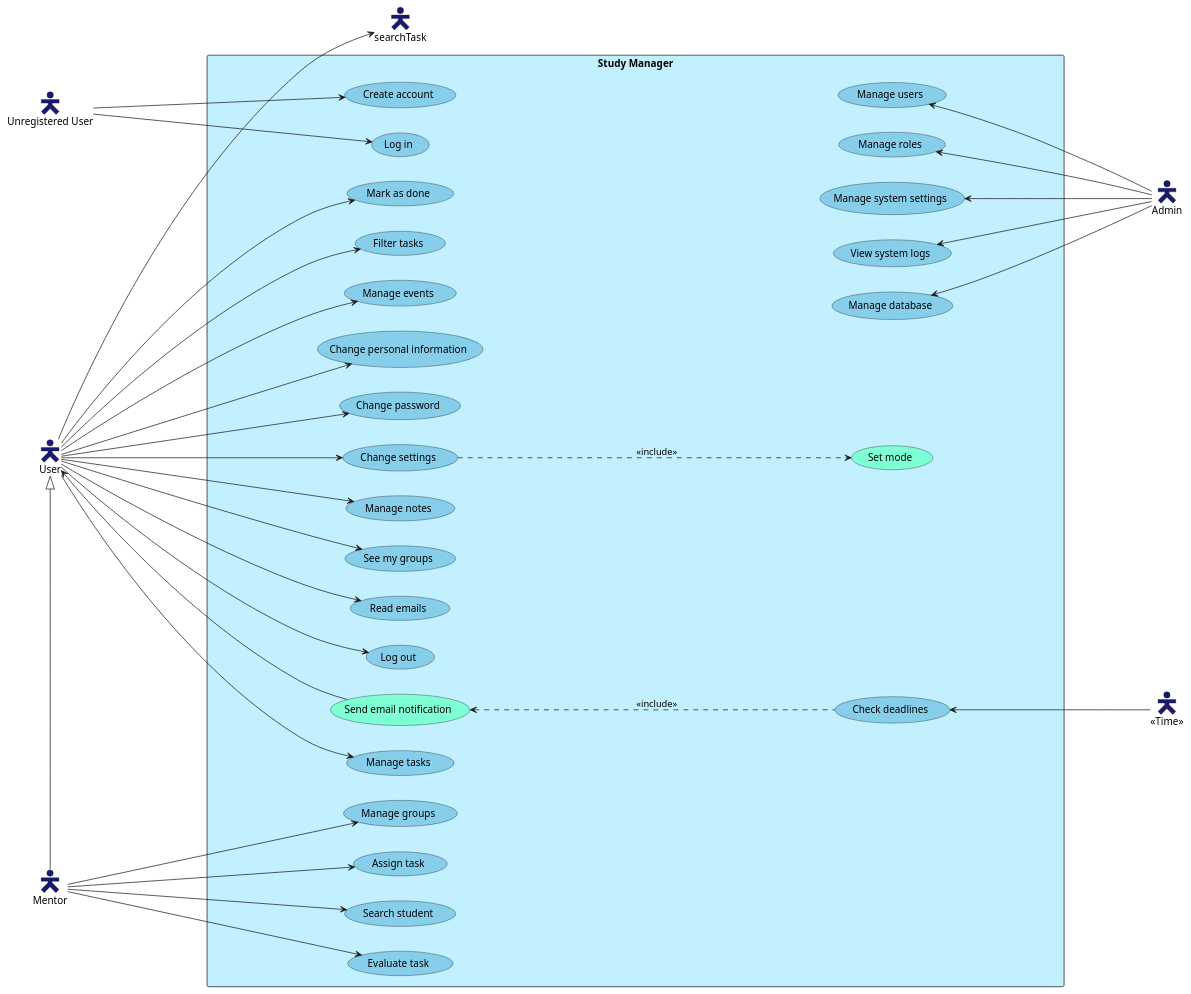
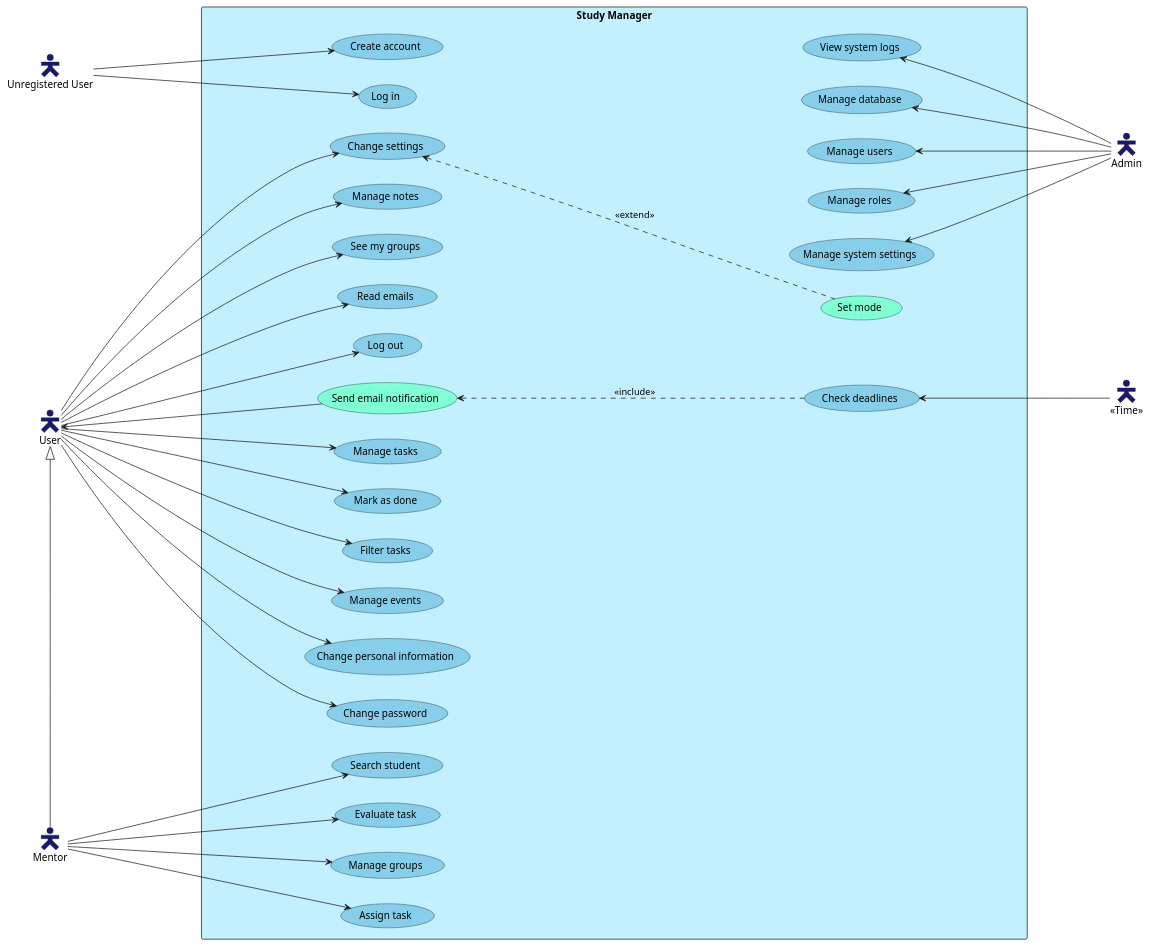
One commit to pb138-study-manager/pb138 changed the diagram in docs/analysis/use-case.puml. Above: the diagram before and after it, drawn with PlantUML. The commit also changed 1 other file, not shown here.

Commit message:
add: requirement specification for user profile/settings

```diff
--- a/docs/analysis/use-case.puml
+++ b/docs/analysis/use-case.puml
@@ -10,118 +10,118 @@
 @startuml Study Manager 
 
 !pragma ratio 0.80
 
 left to right direction
 
 ' Style: (colors from https://sarafian.github.io/assets/images/posts/plantuml/2021-02-24-plantuml-tips-tricks-1/colors.svg)
 skinparam UsecaseBackgroundColor SkyBlue
 skinparam RectangleBackgroundColor APPLICATION
 skinparam ActorBackgroundColor MidnightBlue
 skinparam ActorStyle Hollow
 
 ' Actors:
 actor "Unregistered User" as unregisteredUser
 actor "User" as user
 actor "Mentor" as mentor
 actor "Admin" as admin
 'actor "<<System>>" as system
 actor "<<Time>>" as time
 
 ' System boundary:
 rectangle "Study Manager" as studyManager {
     ' unregistered user
     usecase "Create account" as createAccount
     usecase "Log in" as logIn
 
     ' logged in user
     usecase "Manage tasks" as manageTask
     ' usecase "Search task" as searchTask
     usecase "Mark as done" as markDone
     usecase "Filter tasks" as filter
 
     usecase "Manage events" as manageEvent
     ' usecase "Import calendar" as importCal
     ' usecase "See calendar" as seeCal
 
     usecase "Change personal information" as changePersonalInfo
     usecase "Change password" as changePassword
     usecase "Change settings" as settings
     ' usecase "Set language" as setLanguage #aquamarine
     usecase "Set mode" as setMode #aquamarine
 
     usecase "Manage notes" as manageNotes
     usecase "See my groups" as seeGroups
     usecase "Read emails" as readEmails
     usecase "Log out" as logOut
 
     ' usecase "Start timer" as startTimer
     ' usecase "See timer history" as timerHistory
 
     ' mentor
     usecase "Manage groups" as manageGroup
     usecase "Assign task" as assignTask
     usecase "Search student" as searchStudent
     usecase "Evaluate task" as evaluateTask
     ' usecase "Message group" as messageGroup
     
     'admin or system
     usecase "Check deadlines" as checkDeadlines
     usecase "Send email notification" as sendNotification #aquamarine
     usecase "Manage users" as manageUsers
     usecase "Manage roles" as manageRoles
     usecase "Manage system settings" as manageSystemSettings
     usecase "View system logs" as viewLogs
     usecase "Manage database" as manageDatabase
 }
 
 ' Generalizations
 mentor -[norank]-|> user
 
 ' Includes and extends
 ' settings ..> setLanguage : <<include>>
-settings ..> setMode : <<include>>
+settings <.. setMode : <<extend>>
 sendNotification <.. checkDeadlines : <<include>>
 
 ' Associations:
 unregisteredUser --> createAccount
 unregisteredUser --> logIn
 
 user --> manageTask
-user --> searchTask
+'user --> searchTask
 user --> markDone
 user --> filter
 
 user --> manageEvent
 'user --> importCal
 'user --> seeCal
 
 user --> changePersonalInfo
 user --> changePassword
 user --> settings
 
 user --> manageNotes
 user --> seeGroups
 user --> readEmails
 user --> logOut
 sendNotification --> user
 
 mentor --> manageGroup
 mentor --> assignTask
 mentor --> searchStudent
 mentor --> evaluateTask
 
 checkDeadlines <-- time
 manageUsers <-- admin
 manageRoles <-- admin
 manageSystemSettings <-- admin
 viewLogs <-- admin
 manageDatabase <-- admin
 
 ' For layout purposes:
 logIn <-[hidden]- viewLogs
 logIn <-[hidden]- manageUsers
 logIn <-[hidden]- manageRoles
 logIn <-[hidden]- manageSystemSettings
 logIn <-[hidden]- manageDatabase
 
 @enduml
```
